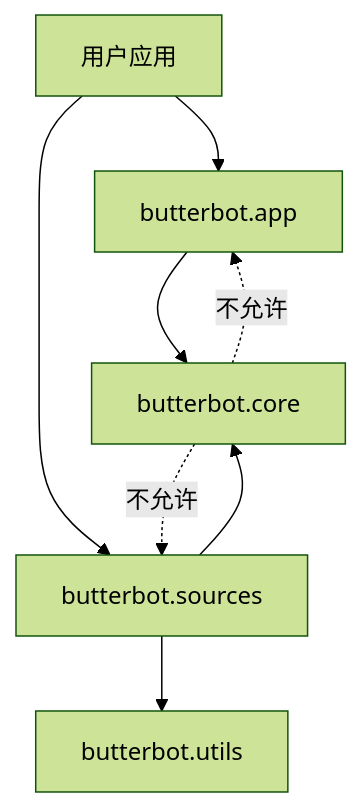
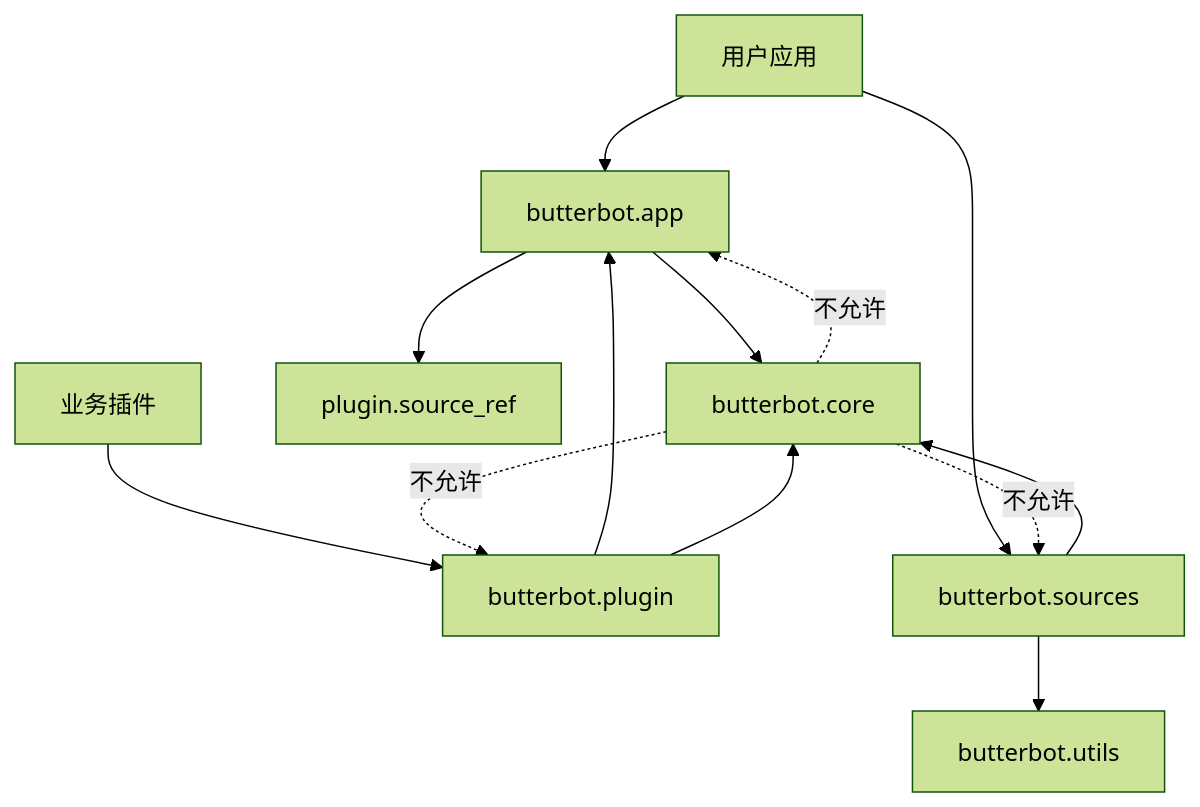
The diagram in docs/guide/project-structure.md (GEYUANwuqi/bilipy_bot), drawn with Mermaid (forest theme) before and after one commit. The commit also changed other lines of this file and 14 other files, not shown here.

````diff
--- a/docs/guide/project-structure.md
+++ b/docs/guide/project-structure.md
@@ -65,10 +77,15 @@
 ```mermaid
 flowchart TD
   U[用户应用] --> APP[butterbot.app]
+  P[业务插件] --> PLUGIN[butterbot.plugin]
+  APP --> CONTRACT[plugin.source_ref]
+  PLUGIN --> APP
   APP --> CORE[butterbot.core]
+  PLUGIN --> CORE
   U --> SOURCES[butterbot.sources]
   SOURCES --> CORE
   SOURCES --> UTILS[butterbot.utils]
   CORE -. 不允许 .-> APP
+  CORE -. 不允许 .-> PLUGIN
   CORE -. 不允许 .-> SOURCES
 ```
````
